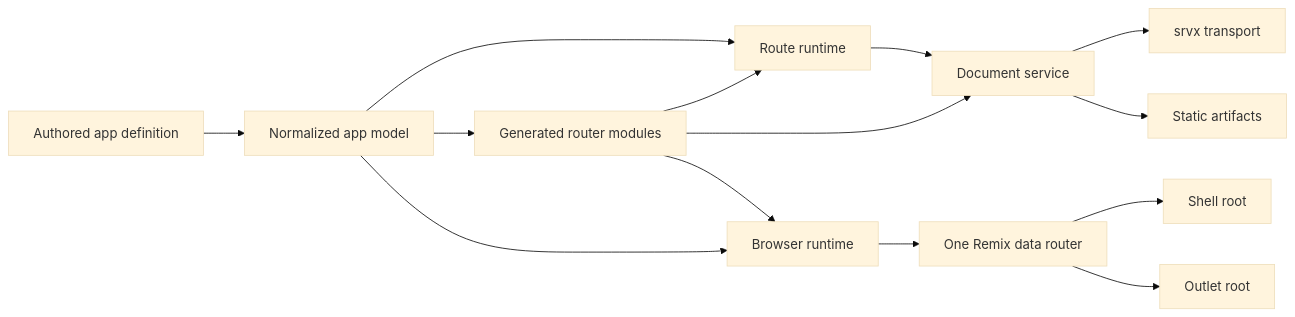
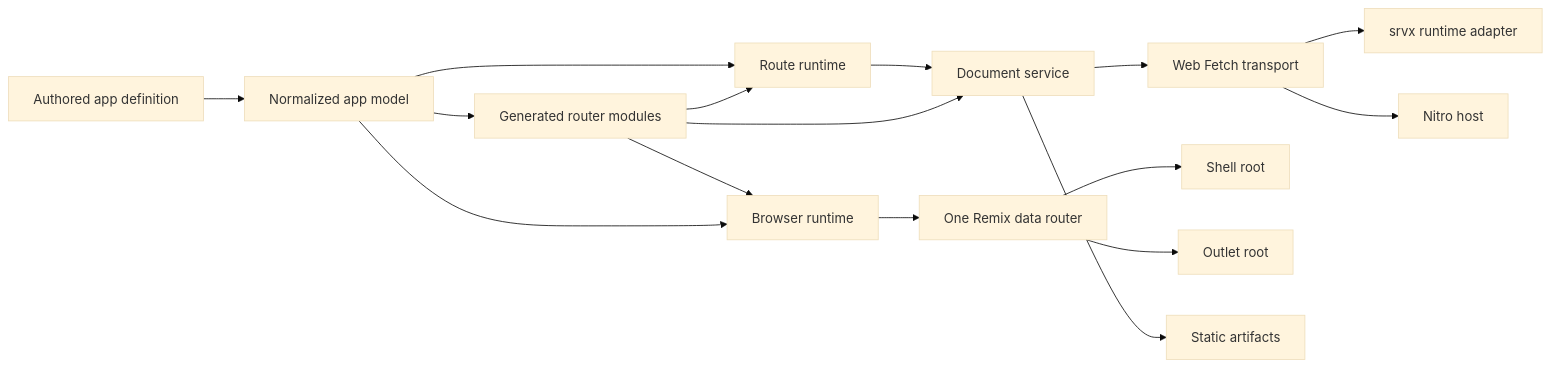
The diagram in design/architecture.md (aleclarson/flamefront), drawn with Mermaid (base theme) before and after one commit. The commit also changed other lines of this file and 21 other files, not shown here.

Commit message:
feat(flamefront): add fetch and adapter output targets

````diff
--- a/design/architecture.md
+++ b/design/architecture.md
@@ -11,28 +12,32 @@
 ```mermaid
 flowchart LR
   Manifest[Authored app definition]
   Model[Normalized app model]
   Generated[Generated router modules]
   Runtime[Route runtime]
   Documents[Document service]
-  Transport[srvx transport]
+  Fetch[Web Fetch transport]
+  Srvx[srvx runtime adapter]
+  Nitro[Nitro host]
   Browser[Browser runtime]
   Router[One Remix data router]
   ShellRoot[Shell root]
   OutletRoot[Outlet root]
   Build[Static artifacts]
 
   Manifest --> Model
   Model --> Generated
   Model --> Runtime
   Generated --> Runtime
   Runtime --> Documents
   Generated --> Documents
-  Documents --> Transport
+  Documents --> Fetch
+  Fetch --> Srvx
+  Fetch --> Nitro
   Generated --> Browser
   Model --> Browser
   Browser --> Router
   Router --> ShellRoot
   Router --> OutletRoot
   Documents --> Build
 ```
````
